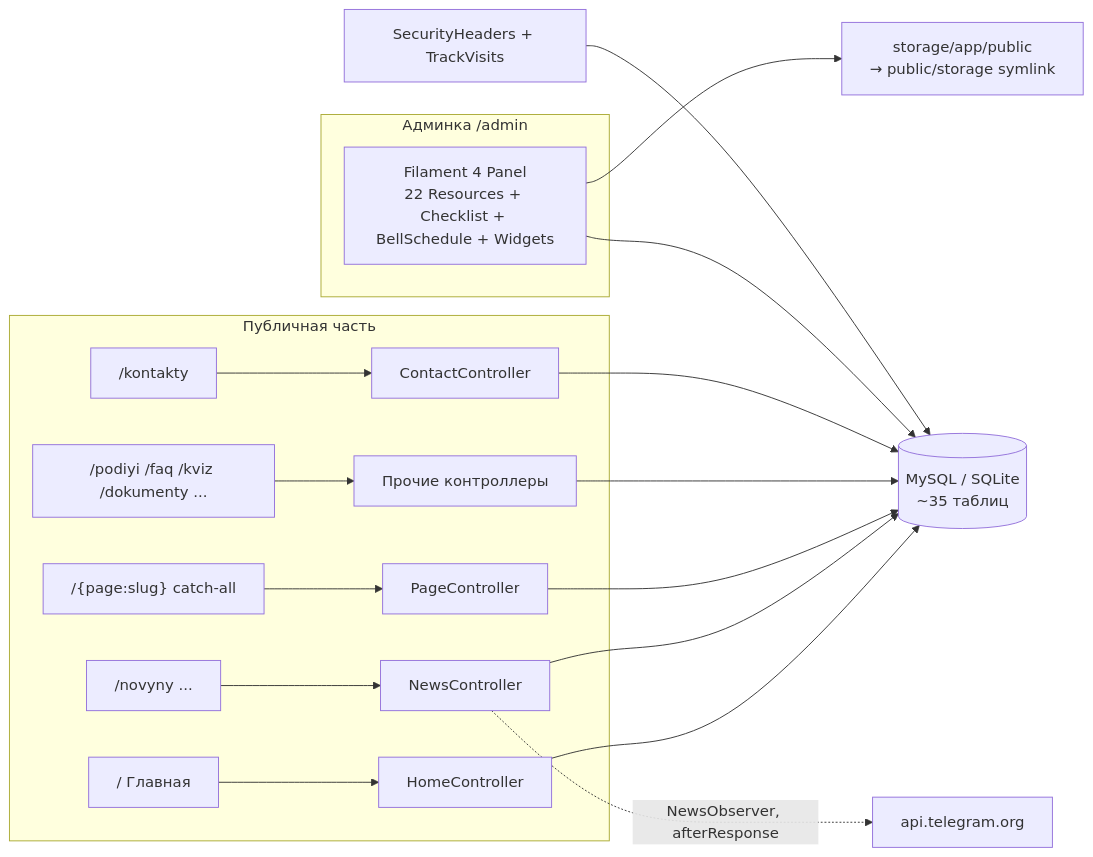
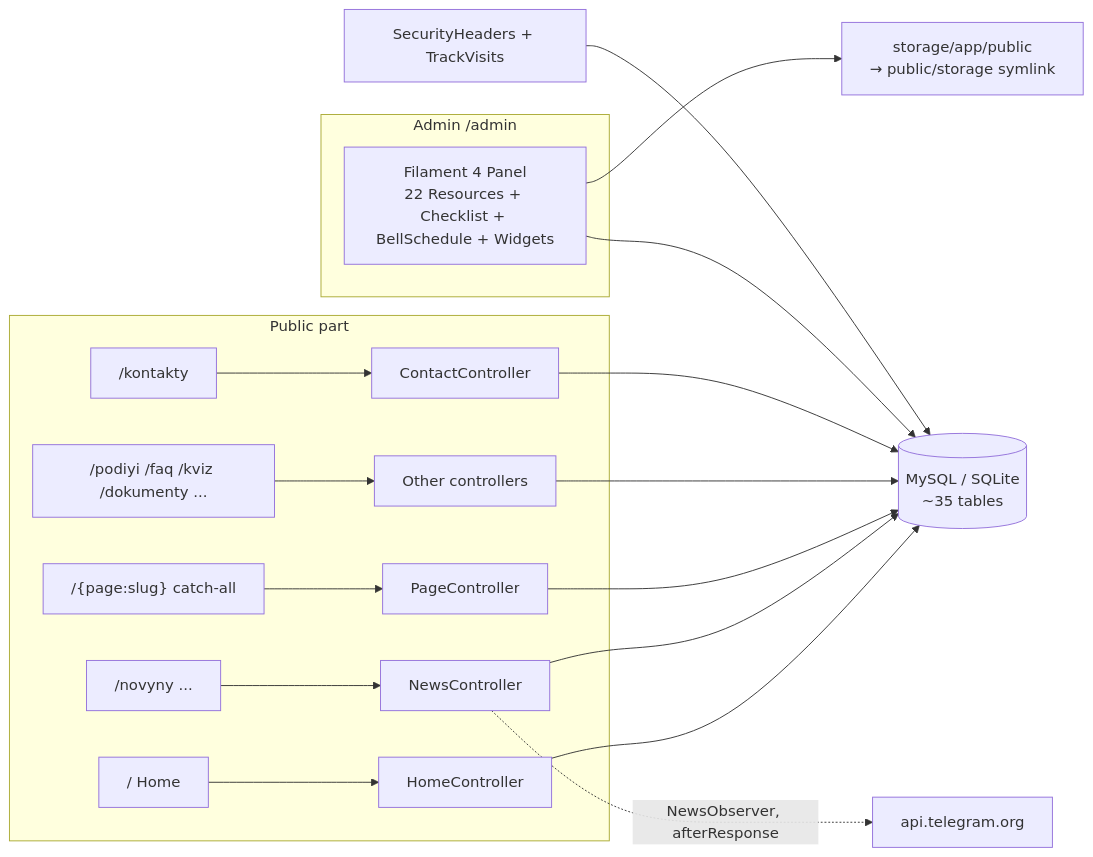
One commit to OTFC-ONTU/otfk changed the diagram in ARCHITECTURE.md. Above: the diagram before and after it, drawn with Mermaid. The commit also changed other lines of this file and 41 other files, not shown here.

````diff
--- a/ARCHITECTURE.md
+++ b/ARCHITECTURE.md
@@ -48,18 +48,18 @@
 ```mermaid
 flowchart LR
-  subgraph Public["Публичная часть"]
-    Home["/ Главная"] --> HomeC[HomeController]
+  subgraph Public["Public part"]
+    Home["/ Home"] --> HomeC[HomeController]
     NewsP["/novyny ..."] --> NewsC[NewsController]
     Pages["/{page:slug} catch-all"] --> PageC[PageController]
     Contacts["/kontakty"] --> ContactC[ContactController]
-    Misc["/podiyi /faq /kviz /dokumenty ..."] --> MiscC[Прочие контроллеры]
+    Misc["/podiyi /faq /kviz /dokumenty ..."] --> MiscC[Other controllers]
   end
-  subgraph Admin["Админка /admin"]
+  subgraph Admin["Admin /admin"]
     Filament[Filament 4 Panel<br/>22 Resources + Checklist + BellSchedule + Widgets]
   end
-  HomeC & NewsC & PageC & MiscC & ContactC --> DB[(MySQL / SQLite<br/>~35 таблиц)]
+  HomeC & NewsC & PageC & MiscC & ContactC --> DB[(MySQL / SQLite<br/>~35 tables)]
   Filament --> DB
   Filament --> Storage[storage/app/public<br/>→ public/storage symlink]
   NewsC -. NewsObserver, afterResponse .-> TG[api.telegram.org]
   MW[SecurityHeaders + TrackVisits] --> DB
 ```
````
